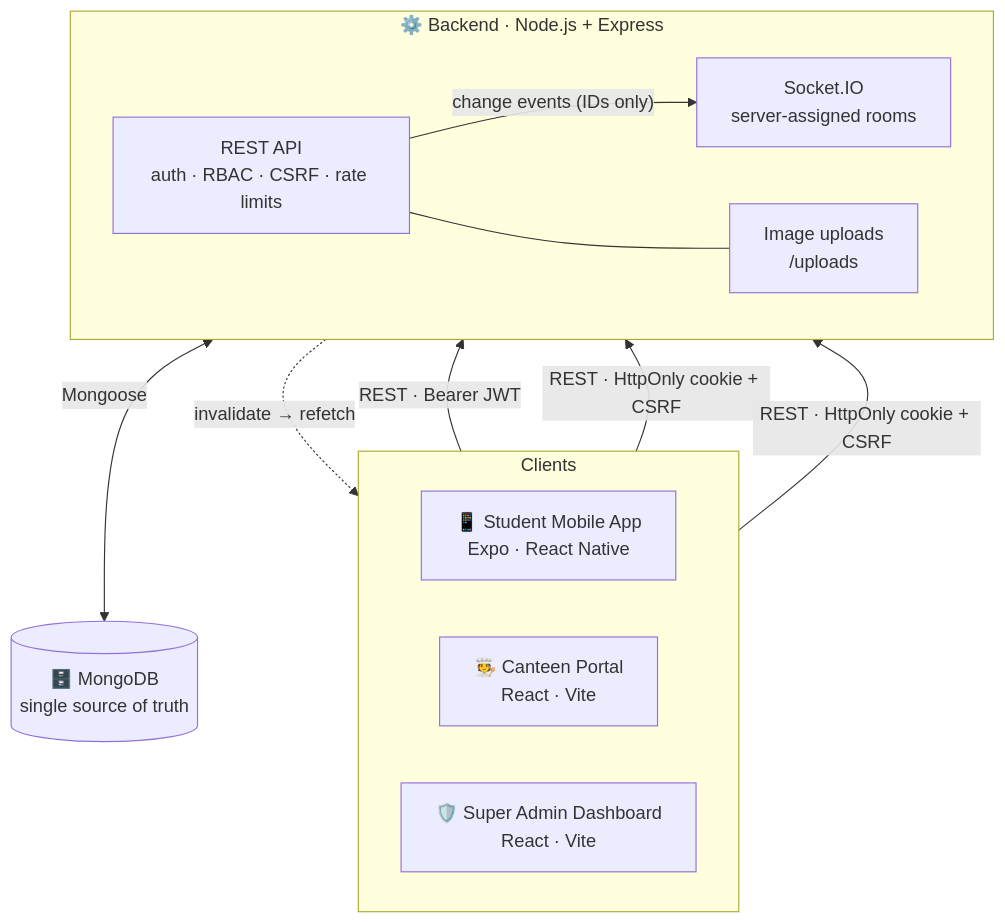
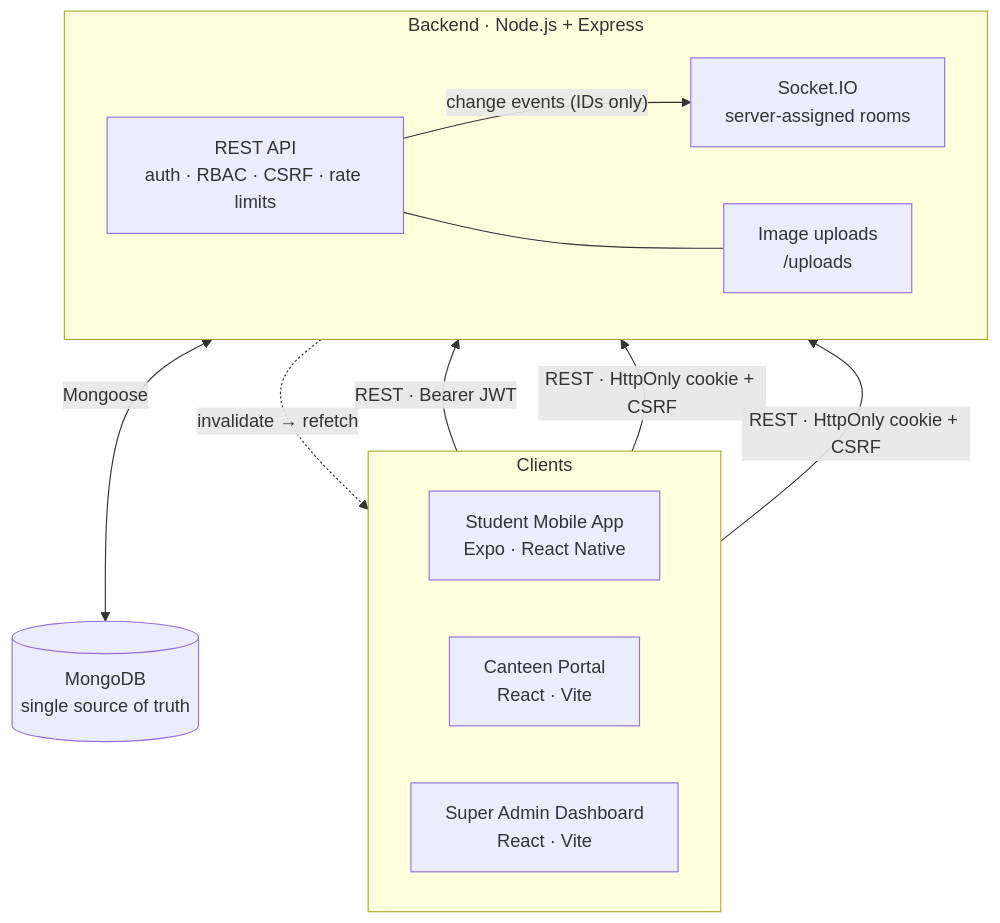
The diagram in README.md (TechieTojin/Campus-Rush), drawn with Mermaid before and after one commit. The commit also changed other lines of this file, not shown here.

````diff
--- a/README.md
+++ b/README.md
@@ -88,26 +122,26 @@
 ```mermaid
 flowchart TB
     subgraph Clients["Clients"]
         direction LR
-        APP["📱 Student Mobile App<br/>Expo · React Native"]
-        CAN["🧑‍🍳 Canteen Portal<br/>React · Vite"]
-        ADM["🛡️ Super Admin Dashboard<br/>React · Vite"]
+        APP["Student Mobile App<br/>Expo · React Native"]
+        CAN["Canteen Portal<br/>React · Vite"]
+        ADM["Super Admin Dashboard<br/>React · Vite"]
     end
 
-    subgraph Backend["⚙️ Backend · Node.js + Express"]
+    subgraph Backend["Backend · Node.js + Express"]
         direction LR
         API["REST API<br/>auth · RBAC · CSRF · rate limits"]
         RT["Socket.IO<br/>server-assigned rooms"]
         UP["Image uploads<br/>/uploads"]
     end
 
-    DB[("🗄️ MongoDB<br/>single source of truth")]
+    DB[("MongoDB<br/>single source of truth")]
 
     APP -->|"REST · Bearer JWT"| API
     CAN -->|"REST · HttpOnly cookie + CSRF"| API
     ADM -->|"REST · HttpOnly cookie + CSRF"| API
     API <-->|"Mongoose"| DB
     API -->|"change events (IDs only)"| RT
     API --- UP
     RT -.->|"invalidate → refetch"| Clients
 ```
````
